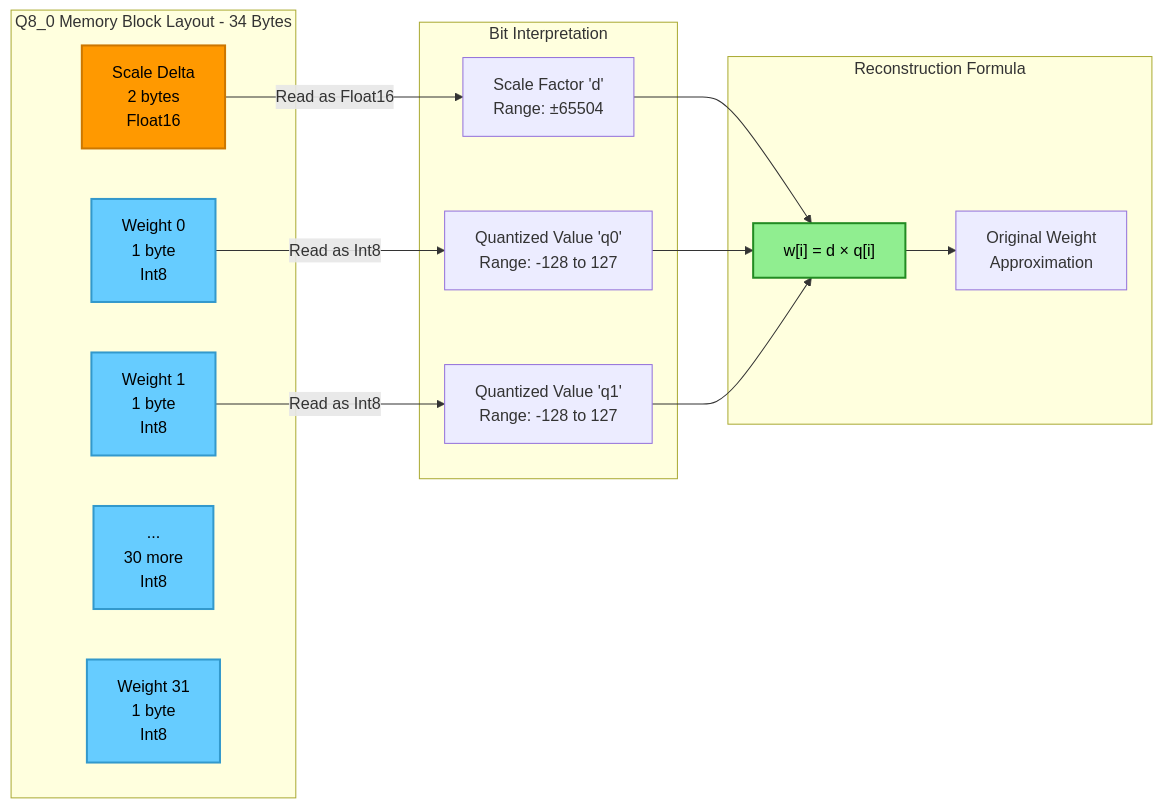
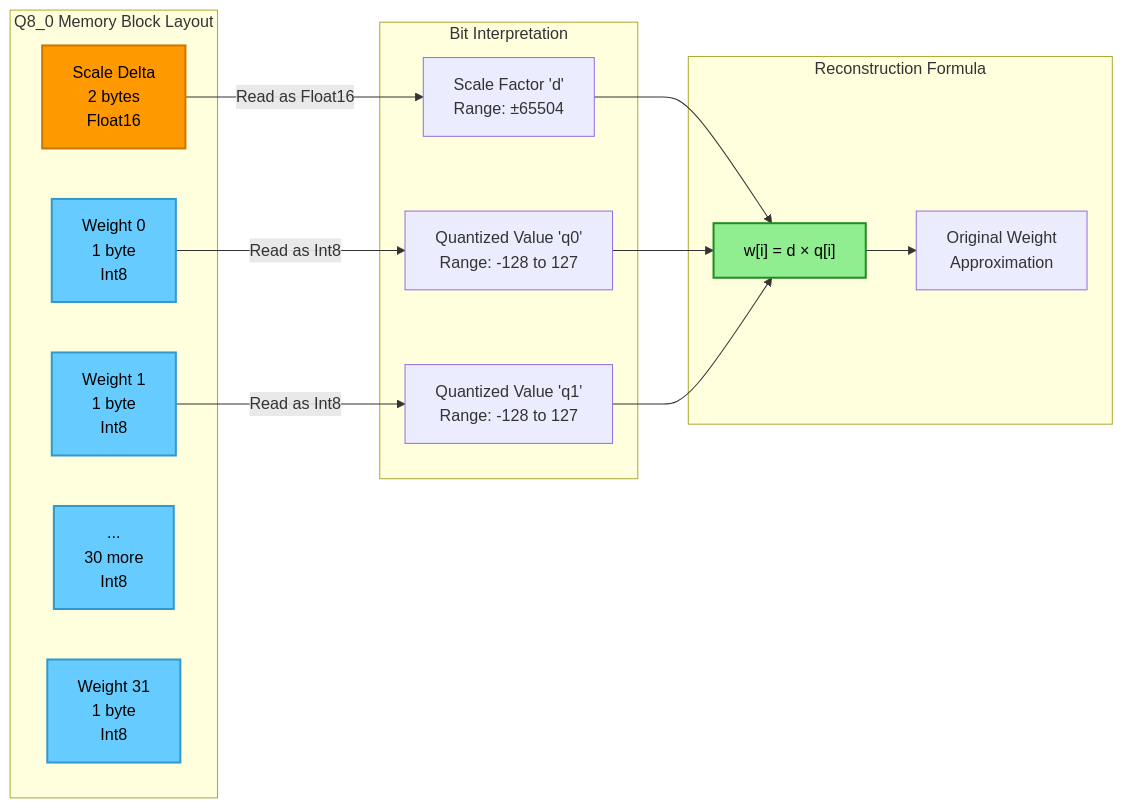
One commit to gauravnirmalkumar/quantization-llm changed the third of 10 diagrams in DOCUMENTATION.md. Above: the diagram before and after it, drawn with Mermaid.

Commit message:
Fixed formatting

````diff
--- a/DOCUMENTATION.md
+++ b/DOCUMENTATION.md
@@ -293,30 +293,30 @@
 ```mermaid
 graph LR
-    subgraph "Q8_0 Memory Block Layout - 34 Bytes"
+    subgraph "Q8_0 Memory Block Layout"
         A["Scale Delta<br/>2 bytes<br/>Float16"]
         B["Weight 0<br/>1 byte<br/>Int8"]
         C["Weight 1<br/>1 byte<br/>Int8"]
         D["...<br/>30 more<br/>Int8"]
         E["Weight 31<br/>1 byte<br/>Int8"]
     end
 
     subgraph "Bit Interpretation"
         A -->|Read as Float16| F["Scale Factor 'd'<br/>Range: ±65504"]
         B -->|Read as Int8| G["Quantized Value 'q0'<br/>Range: -128 to 127"]
         C -->|Read as Int8| H["Quantized Value 'q1'<br/>Range: -128 to 127"]
     end
 
     subgraph "Reconstruction Formula"
         F --> I["w[i] = d × q[i]"]
         G --> I
         H --> I
         I --> J["Original Weight<br/>Approximation"]
     end
 
     style A fill:#ff9900,color:black,stroke:#cc7700,stroke-width:2px
     style B fill:#66ccff,color:black,stroke:#3399cc,stroke-width:2px
     style C fill:#66ccff,color:black,stroke:#3399cc,stroke-width:2px
     style D fill:#66ccff,color:black,stroke:#3399cc,stroke-width:2px
     style E fill:#66ccff,color:black,stroke:#3399cc,stroke-width:2px
     style I fill:#90ee90,color:black,stroke:#228b22,stroke-width:2px
 ```
````
